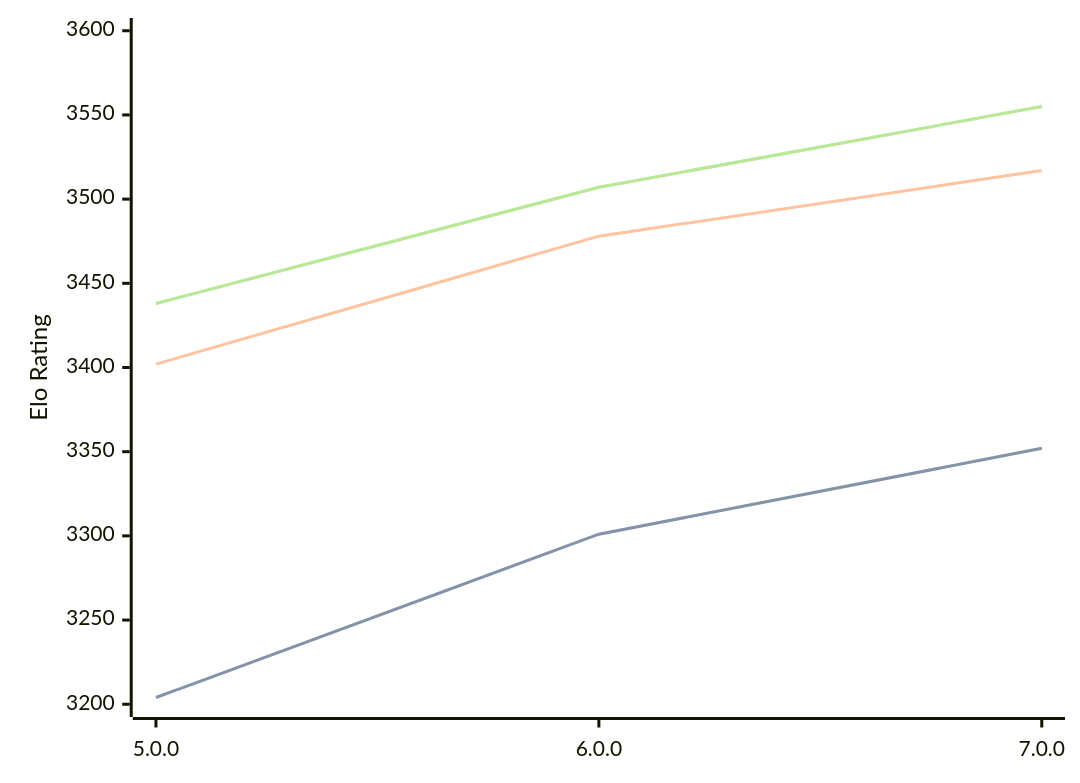
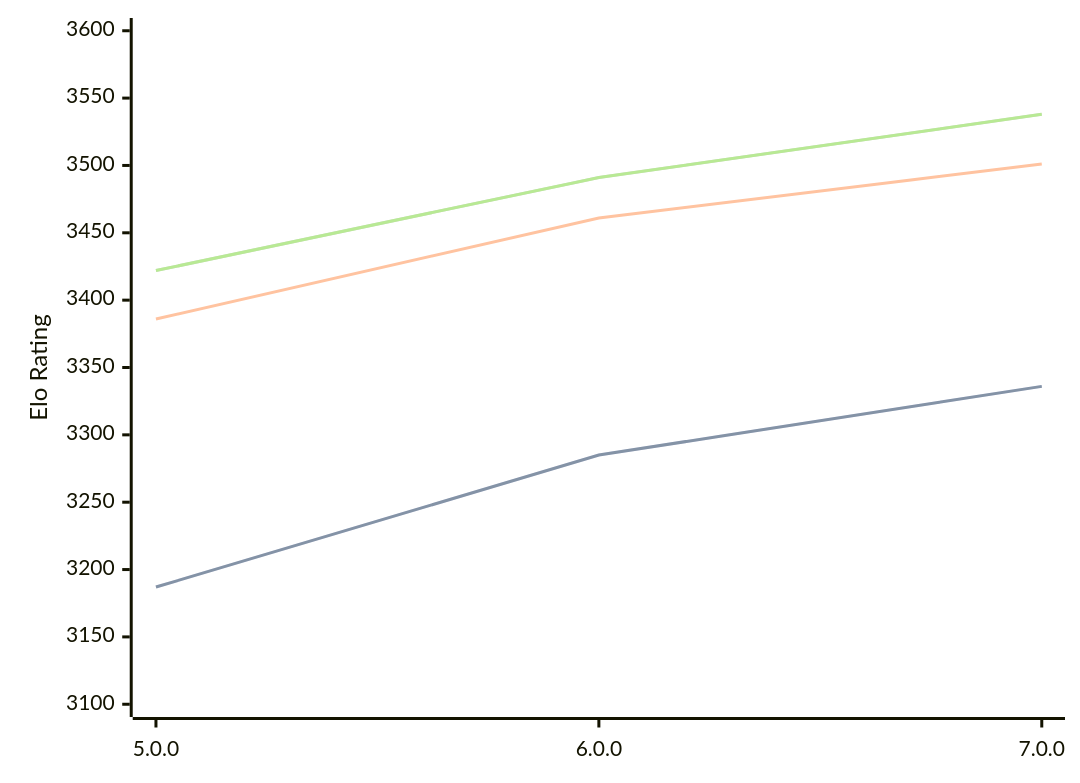
Before and after one commit to computer-chess-index/cci: the diagram in engines/Stormphrax.md, drawn with Mermaid. The commit also changed other lines of this file, not shown here.

Commit message:
Update CCI Ratings (ELO VLTC) - 2026-05-20

````diff
--- a/engines/Stormphrax.md
+++ b/engines/Stormphrax.md
@@ -38,11 +38,11 @@
 ```mermaid
 %%{init: {"theme":"base","themeVariables":{"seriesColors:['#a3a3a3','#222221','#faa371']}}}%%
 xychart-beta
   x-axis ["5.0.0", "6.0.0", "7.0.0"]
-  y-axis "Elo Rating" 3200 --> 3600
-  line "STC (8.0+0.08s)" [3204, 3301, 3352]
-  line "STC (8.0+0.08s)" [3204, 3301, 3352]
-  line "LTC (60.0+0.60s)" [3402, 3478, 3517]
-  line "VLTC (2m24s+1.12s)" [3438, 3507, 3555]
-  line "VLTC (2m24s+1.12s)" [3438, 3507, 3555]
+  y-axis "Elo Rating" 3100 --> 3600
+  line "STC (8.0+0.08s)" [3187, 3285, 3336]
+  line "STC (8.0+0.08s)" [3187, 3285, 3336]
+  line "LTC (60.0+0.60s)" [3386, 3461, 3501]
+  line "VLTC (2m24s+1.12s)" [3422, 3491, 3538]
+  line "VLTC (2m24s+1.12s)" [3422, 3491, 3538]
 ```
````
